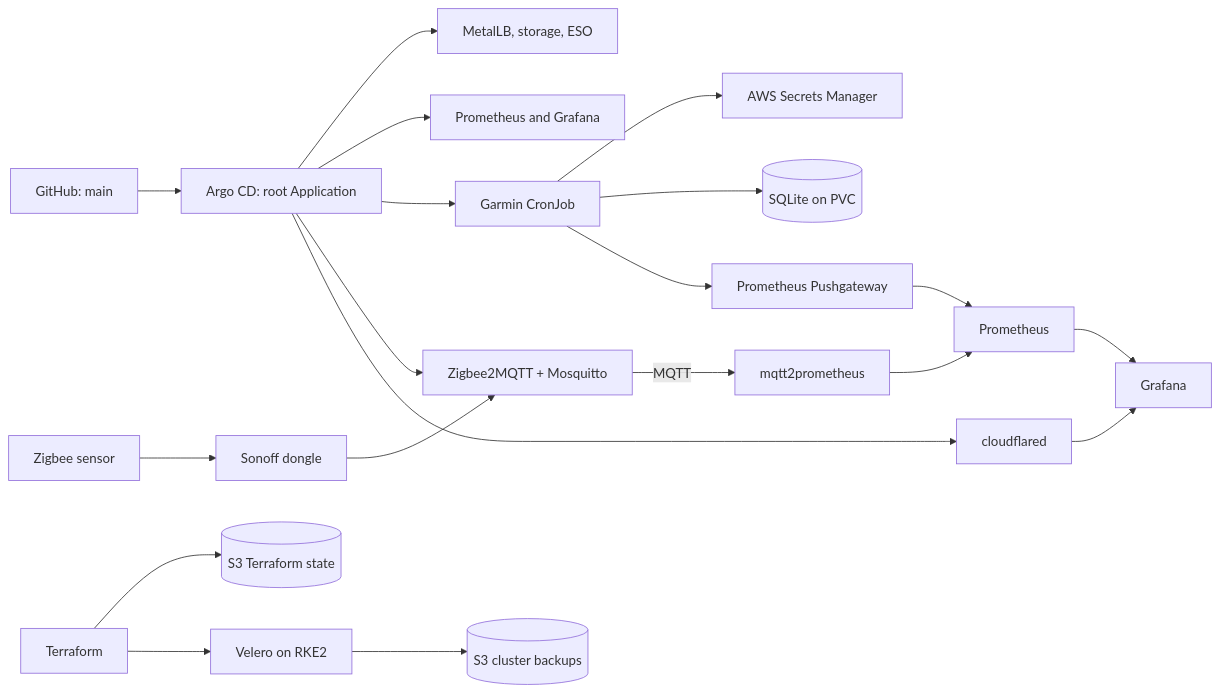
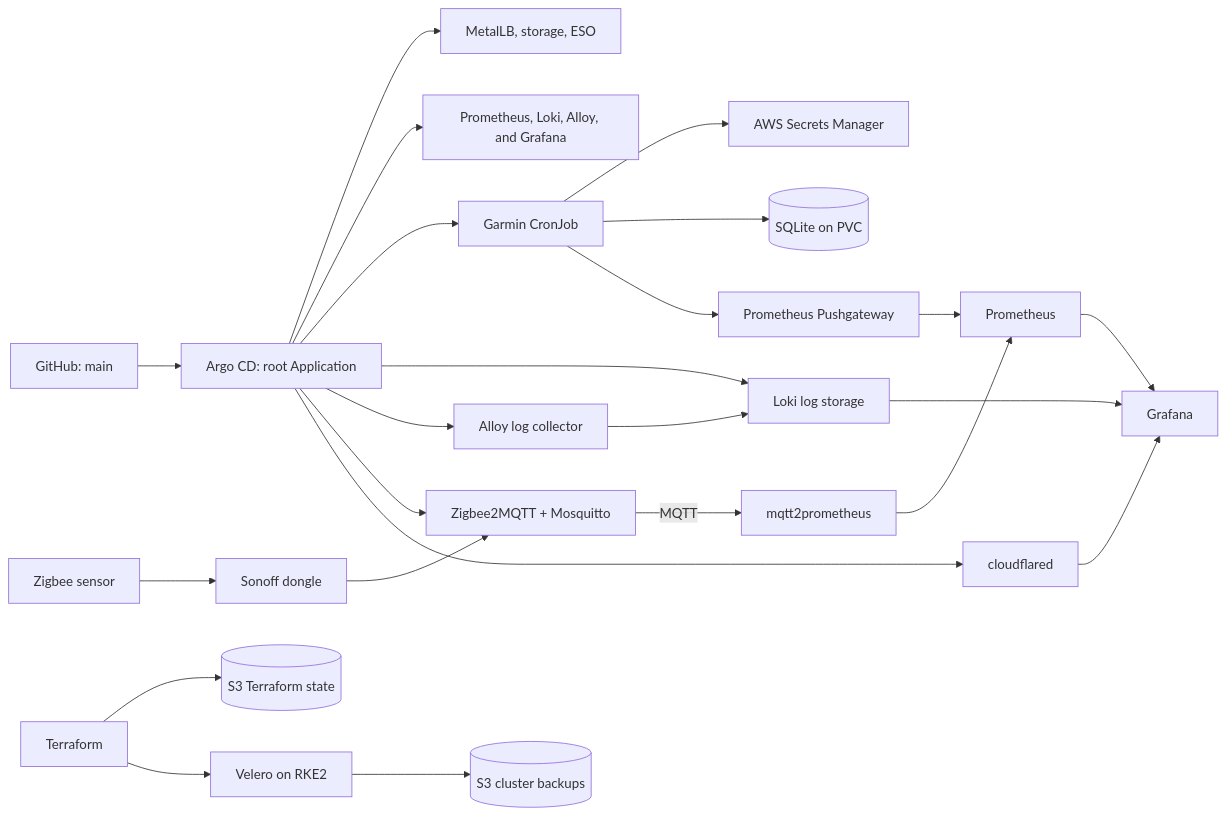
The first of 2 diagrams in README.md (andsidor/HomeLab), drawn with Mermaid before and after one commit. The commit also changed other lines of this file and 4 other files, not shown here.

````diff
--- a/README.md
+++ b/README.md
@@ -15,21 +15,25 @@
 ```mermaid
 flowchart LR
   Git[GitHub: main] --> Root[Argo CD: root Application]
   Root --> Infra[MetalLB, storage, ESO]
-  Root --> Monitor[Prometheus and Grafana]
+  Root --> Monitor[Prometheus, Loki, Alloy, and Grafana]
   Root --> Garmin[Garmin CronJob]
   Garmin --> AWS[AWS Secrets Manager]
   Garmin --> PVC[(SQLite on PVC)]
   Garmin --> Pushgateway[Prometheus Pushgateway]
   Pushgateway --> Prometheus[Prometheus]
   Prometheus --> Grafana[Grafana]
+  Root --> Loki[Loki log storage]
+  Root --> Alloy[Alloy log collector]
+  Alloy --> Loki
+  Loki --> Grafana
   Root --> Z2M[Zigbee2MQTT + Mosquitto]
   Sensor[Zigbee sensor] --> Dongle[Sonoff dongle] --> Z2M
   Z2M -->|MQTT| Exporter[mqtt2prometheus]
   Exporter --> Prometheus
   Root --> CF[cloudflared]
   CF --> Grafana
   Terraform[Terraform] --> StateS3[(S3 Terraform state)]
   Terraform --> Velero[Velero on RKE2]
   Velero --> BackupS3[(S3 cluster backups)]
 ```
````
